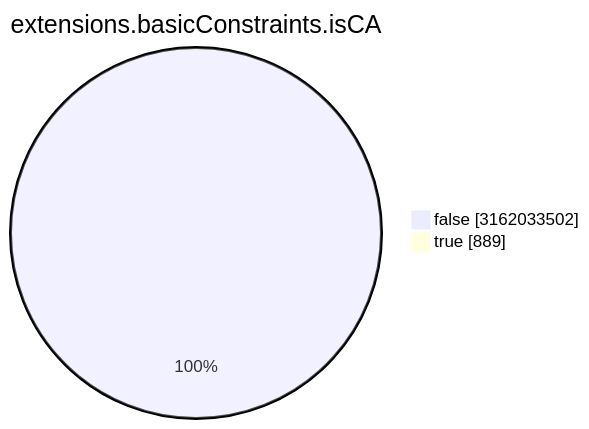
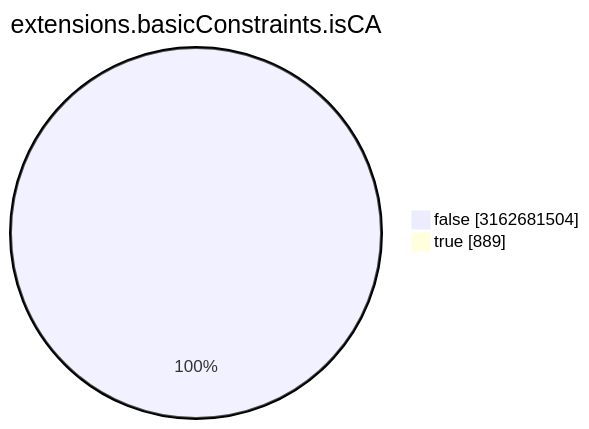
The seventh of 15 diagrams in TOTAL/README.md (christiankrug/ctmonitor_visualization), drawn with Mermaid before and after one commit. The commit also changed other lines of this file, not shown here.

````diff
--- a/TOTAL/README.md
+++ b/TOTAL/README.md
@@ -3088,6 +3088,6 @@
 ```mermaid
 pie showData
 title extensions.basicConstraints.isCA
-"false" :3162033502
+"false" :3162681504
 "true" :889
 ```
````
